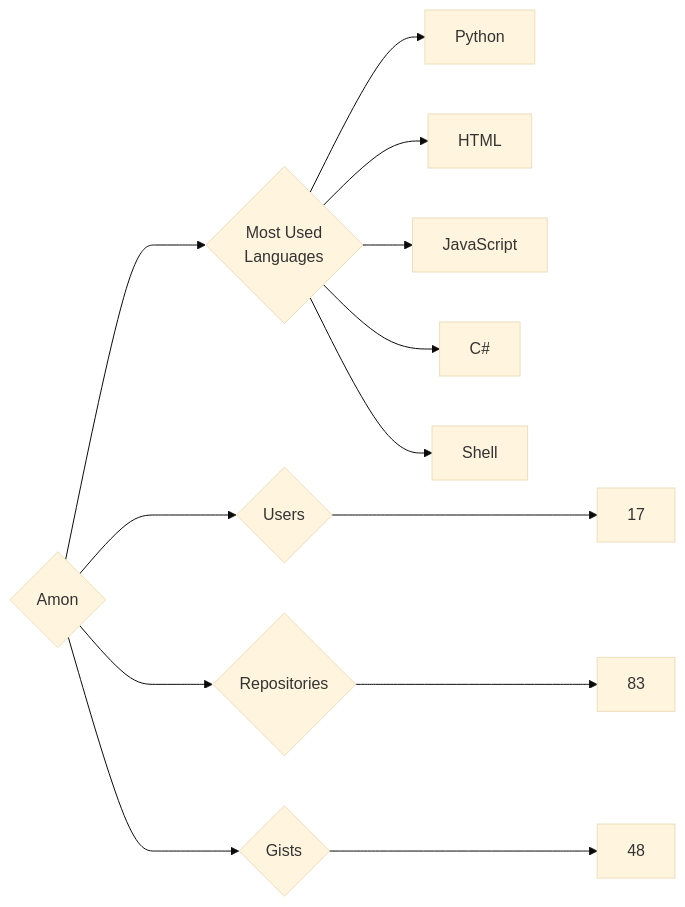
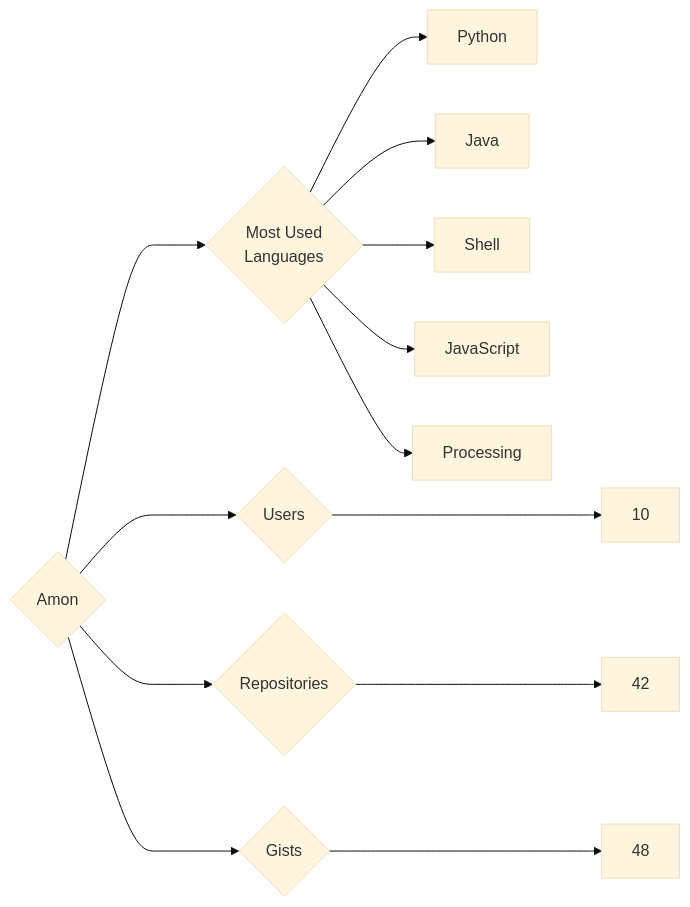
Before and after one commit to trickest/insiders: the diagram in targets/Amon/README.md, drawn with Mermaid (base theme). The commit also changed 995 other files, not shown here.

````diff
--- a/targets/Amon/README.md
+++ b/targets/Amon/README.md
@@ -3,13 +3,13 @@
 ```mermaid
 graph LR
 COMPANY_NAME{Amon}
-COMPANY_NAME ---> U{Users} ---> UN[17]
-COMPANY_NAME ---> R{Repositories} ---> RN[83]
+COMPANY_NAME ---> U{Users} ---> UN[10]
+COMPANY_NAME ---> R{Repositories} ---> RN[42]
 COMPANY_NAME ---> G{Gists} ---> GN[48]
 COMPANY_NAME ---> ML{Most Used<br>Languages}
 ML --> Python[Python]
-ML --> HTML[HTML]
+ML --> Java[Java]
+ML --> Shell[Shell]
 ML --> JavaScript[JavaScript]
-ML --> C#[C#]
-ML --> Shell[Shell]
+ML --> Processing[Processing]
 ```
````
